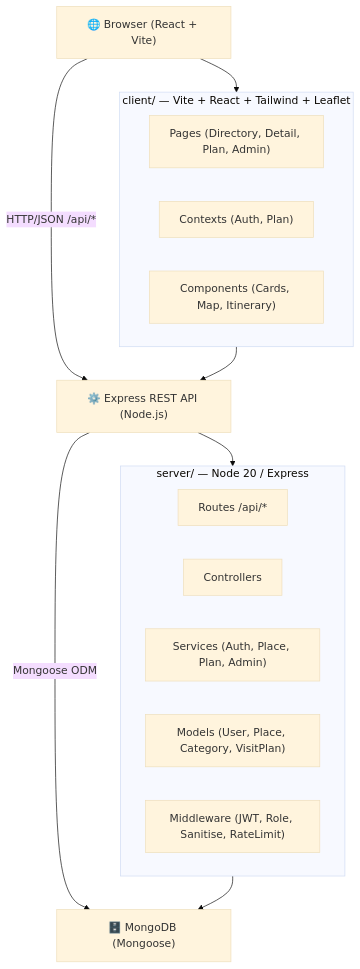
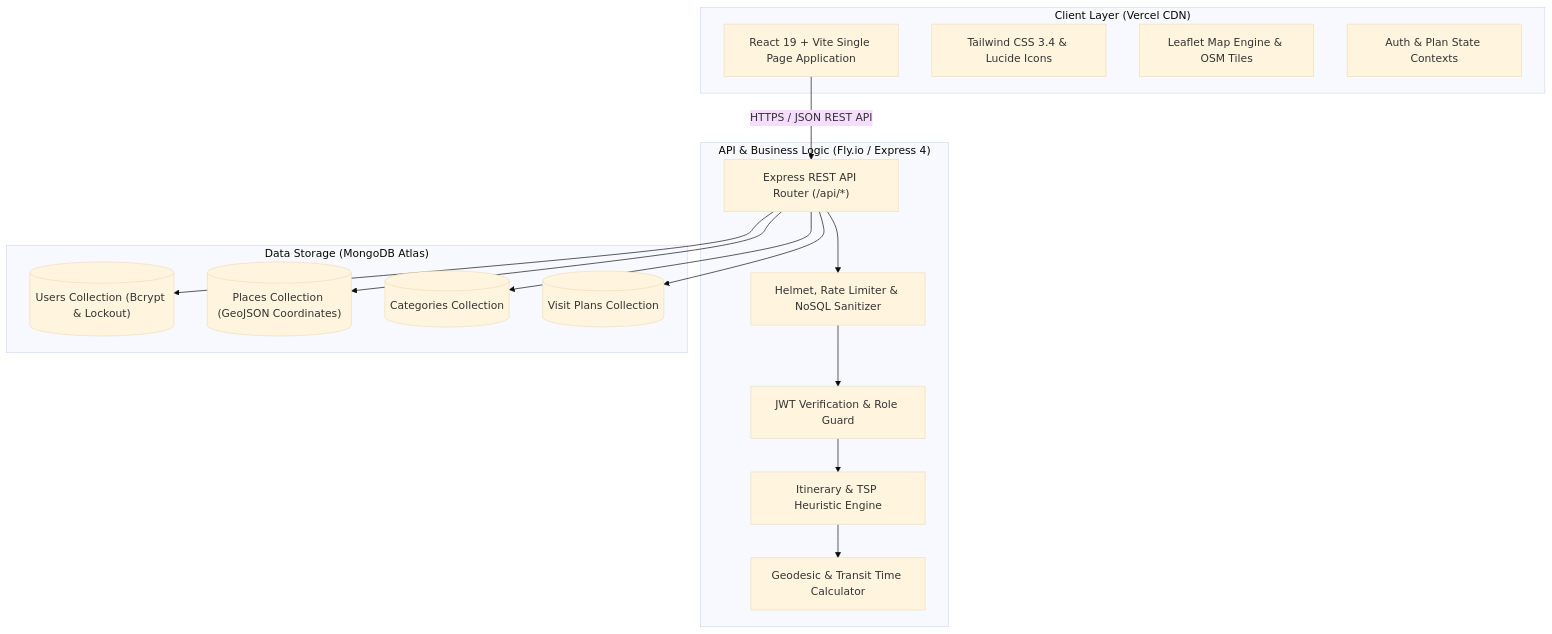
One commit to heshan123vitharana/walasmulla-tourist-planner changed the diagram in README.md. Above: the diagram before and after it, drawn with Mermaid (base theme). The commit also changed other lines of this file, not shown here.

Commit message:
docs: update README with comprehensive executive summary, deployment links, demo credentials, and architecture diagrams

````diff
--- a/README.md
+++ b/README.md
@@ -45,28 +111,34 @@
 ```mermaid
-graph TD
-  Browser["🌐 Browser (React + Vite)"]
-  API["⚙️ Express REST API (Node.js)"]
-  DB["🗄️ MongoDB (Mongoose)"]
+flowchart TB
+    subgraph ClientLayer ["Client Layer (Vercel CDN)"]
+        SPA["React 19 + Vite Single Page Application"]
+        Tailwind["Tailwind CSS 3.4 & Lucide Icons"]
+        LeafletMap["Leaflet Map Engine & OSM Tiles"]
+        AuthCtx["Auth & Plan State Contexts"]
+    end
 
-  Browser -->|"HTTP/JSON /api/*"| API
-  API -->|"Mongoose ODM"| DB
+    subgraph APILayer ["API & Business Logic (Fly.io / Express 4)"]
+        Router["Express REST API Router (/api/*)"]
+        AuthMiddleware["JWT Verification & Role Guard"]
+        SecMiddleware["Helmet, Rate Limiter & NoSQL Sanitizer"]
+        PlanEngine["Itinerary & TSP Heuristic Engine"]
+        HaversineUtil["Geodesic & Transit Time Calculator"]
+    end
 
-  subgraph Client ["client/ — Vite + React + Tailwind + Leaflet"]
-    Pages["Pages (Directory, Detail, Plan, Admin)"]
-    Contexts["Contexts (Auth, Plan)"]
-    Components["Components (Cards, Map, Itinerary)"]
-  end
+    subgraph DataLayer ["Data Storage (MongoDB Atlas)"]
+        UserCol[("Users Collection (Bcrypt & Lockout)")]
+        PlaceCol[("Places Collection (GeoJSON Coordinates)")]
+        CatCol[("Categories Collection")]
+        PlanCol[("Visit Plans Collection")]
+    end
 
-  subgraph Server ["server/ — Node 20 / Express"]
-    Routes["Routes /api/*"]
-    Controllers["Controllers"]
-    Services["Services (Auth, Place, Plan, Admin)"]
-    Models["Models (User, Place, Category, VisitPlan)"]
-    Middleware["Middleware (JWT, Role, Sanitise, RateLimit)"]
-  end
-
-  Browser --> Client
-  Client --> API
-  API --> Server
-  Server --> DB
+    SPA -->|"HTTPS / JSON REST API"| Router
+    Router --> SecMiddleware
+    SecMiddleware --> AuthMiddleware
+    AuthMiddleware --> PlanEngine
+    PlanEngine --> HaversineUtil
+    Router --> UserCol
+    Router --> PlaceCol
+    Router --> CatCol
+    Router --> PlanCol
 ```
````
